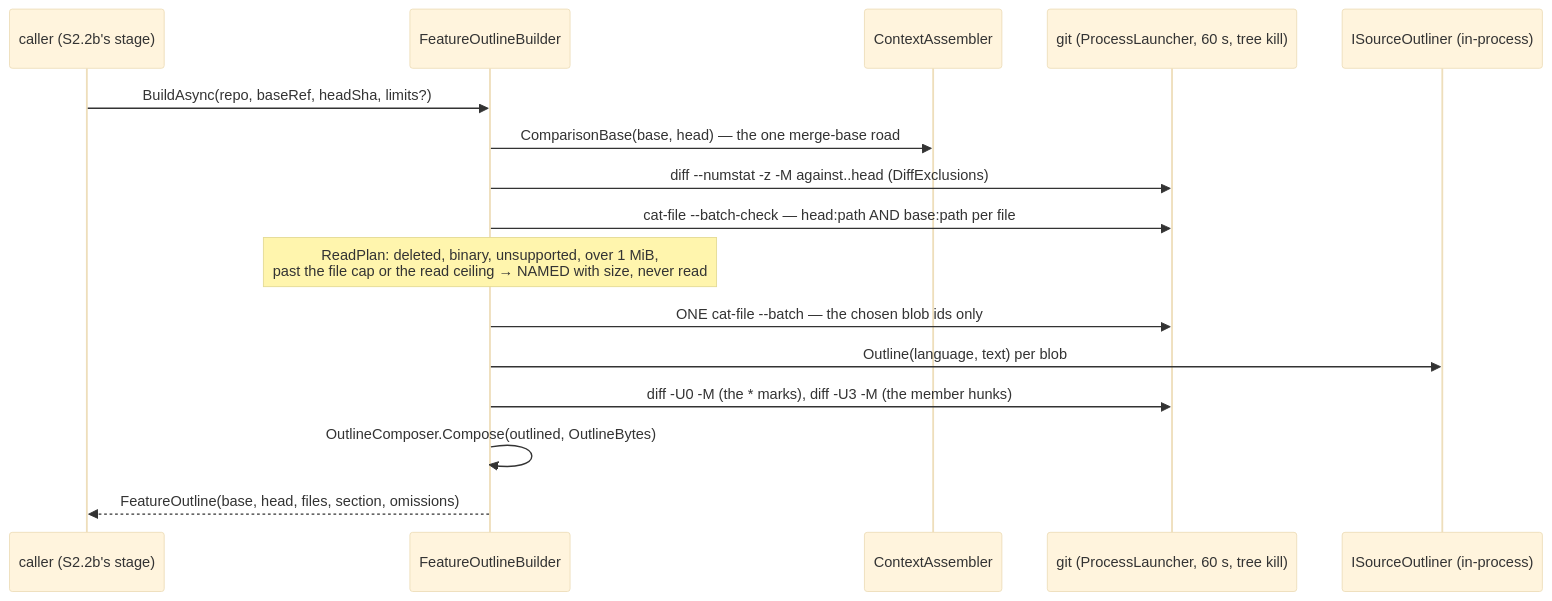
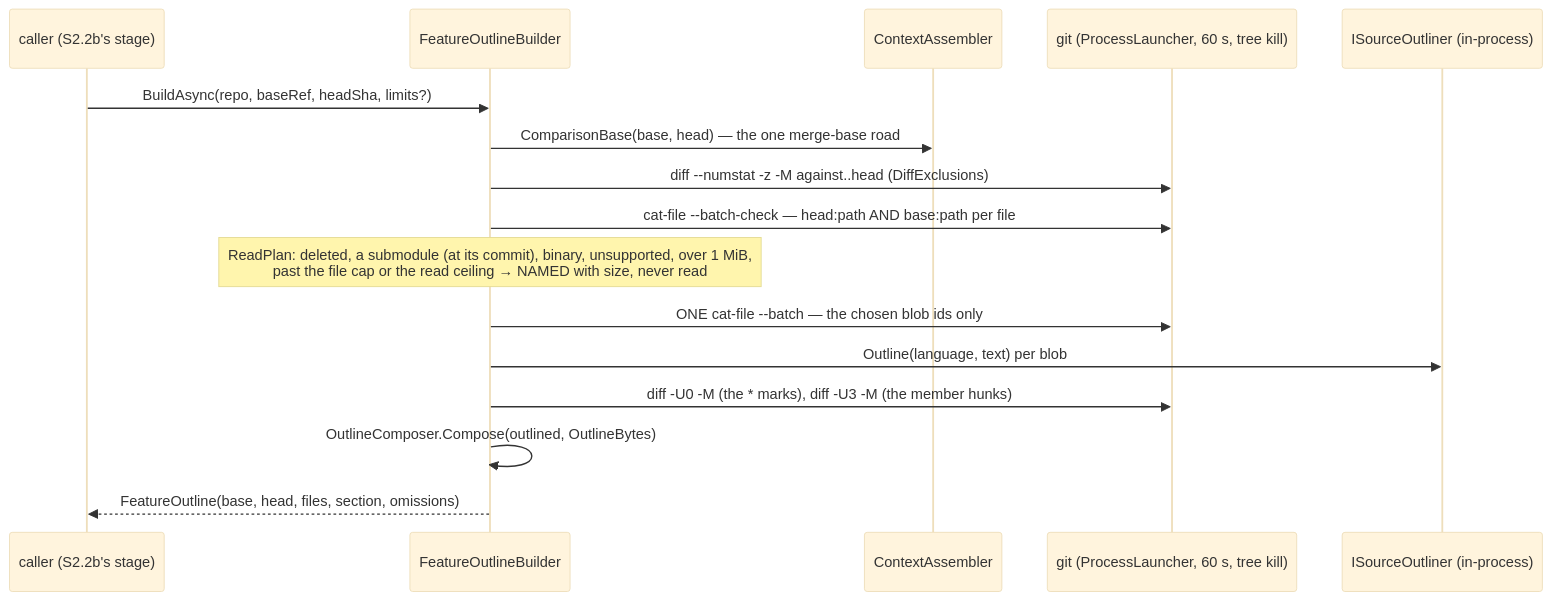
The third of 5 diagrams in research/module_runners.md (oleksandrdubyna88/dew_flow_connect_other_ais), drawn with Mermaid (base theme) before and after one commit. The commit also changed other lines of this file and 19 other files, not shown here.

````diff
--- a/research/module_runners.md
+++ b/research/module_runners.md
@@ -1486,18 +1486,18 @@
 ```mermaid
 sequenceDiagram
   participant S as caller (S2.2b's stage)
   participant F as FeatureOutlineBuilder
   participant C as ContextAssembler
   participant G as git (ProcessLauncher, 60 s, tree kill)
   participant O as ISourceOutliner (in-process)
   S->>F: BuildAsync(repo, baseRef, headSha, limits?)
   F->>C: ComparisonBase(base, head) — the one merge-base road
   F->>G: diff --numstat -z -M against..head (DiffExclusions)
   F->>G: cat-file --batch-check — head:path AND base:path per file
-  Note over F: ReadPlan: deleted, binary, unsupported, over 1 MiB,<br/>past the file cap or the read ceiling → NAMED with size, never read
+  Note over F: ReadPlan: deleted, a submodule (at its commit), binary, unsupported, over 1 MiB,<br/>past the file cap or the read ceiling → NAMED with size, never read
   F->>G: ONE cat-file --batch — the chosen blob ids only
   F->>O: Outline(language, text) per blob
   F->>G: diff -U0 -M (the * marks), diff -U3 -M (the member hunks)
   F->>F: OutlineComposer.Compose(outlined, OutlineBytes)
   F-->>S: FeatureOutline(base, head, files, section, omissions)
 ```
````
